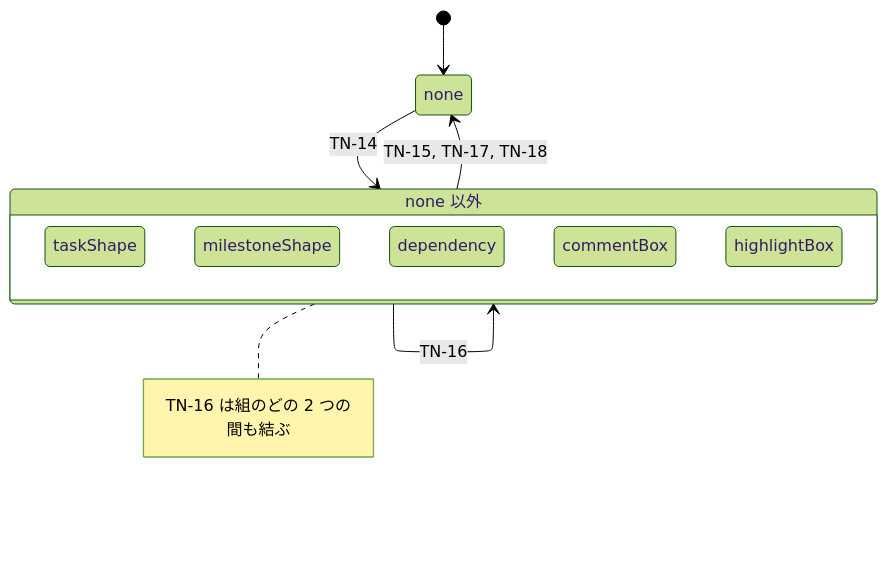
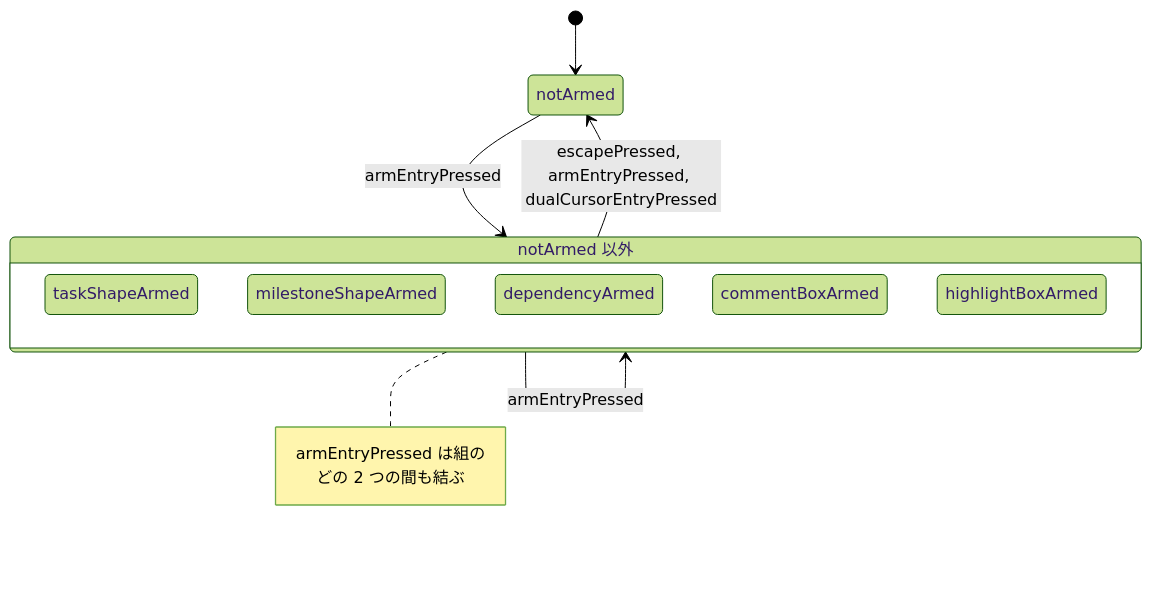
One commit to GoodRelax/gr-scheduler changed the first of 14 diagrams in docs/spec/_assets/tbl-state-machines.md. Above: the diagram before and after it, drawn with Mermaid (forest theme). The commit also changed other lines of this file and 22 other files, not shown here.

````diff
--- a/docs/spec/_assets/tbl-state-machines.md
+++ b/docs/spec/_assets/tbl-state-machines.md
@@ -161,17 +80,17 @@
 ```mermaid
 stateDiagram-v2
     direction TB
-    [*] --> screen_armed_none
-    screen_armed_none : none
-    state "none 以外" as screen_armed_group {
-        screen_armed_taskShape : taskShape
-        screen_armed_milestoneShape : milestoneShape
-        screen_armed_dependency : dependency
-        screen_armed_commentBox : commentBox
-        screen_armed_highlightBox : highlightBox
+    [*] --> armModeStateMachine_notArmed
+    armModeStateMachine_notArmed : notArmed
+    state "notArmed 以外" as armModeStateMachine_group {
+        armModeStateMachine_taskShapeArmed : taskShapeArmed
+        armModeStateMachine_milestoneShapeArmed : milestoneShapeArmed
+        armModeStateMachine_dependencyArmed : dependencyArmed
+        armModeStateMachine_commentBoxArmed : commentBoxArmed
+        armModeStateMachine_highlightBoxArmed : highlightBoxArmed
     }
-    note right of screen_armed_group : TN-16 は組のどの 2 つの間も結ぶ
-    screen_armed_none --> screen_armed_group : TN-14
-    screen_armed_group --> screen_armed_none : TN-15, TN-17, TN-18
-    screen_armed_group --> screen_armed_group : TN-16
+    note right of armModeStateMachine_group : armEntryPressed は組のどの 2 つの間も結ぶ
+    armModeStateMachine_group --> armModeStateMachine_notArmed : escapePressed, armEntryPressed, dualCursorEntryPressed
+    armModeStateMachine_notArmed --> armModeStateMachine_group : armEntryPressed
+    armModeStateMachine_group --> armModeStateMachine_group : armEntryPressed
 ```
````
